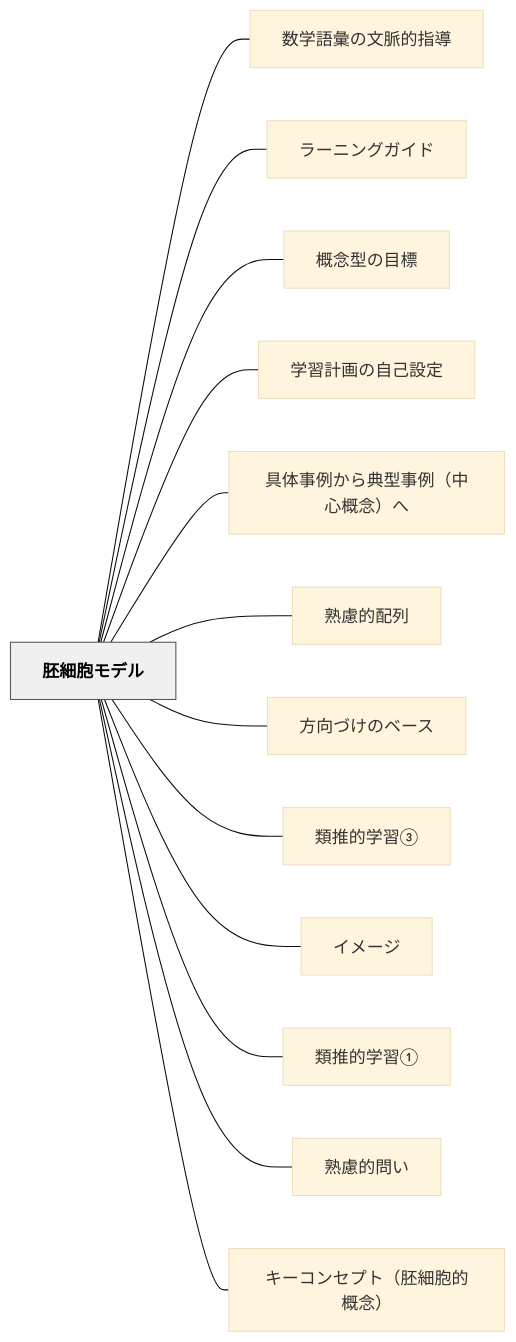
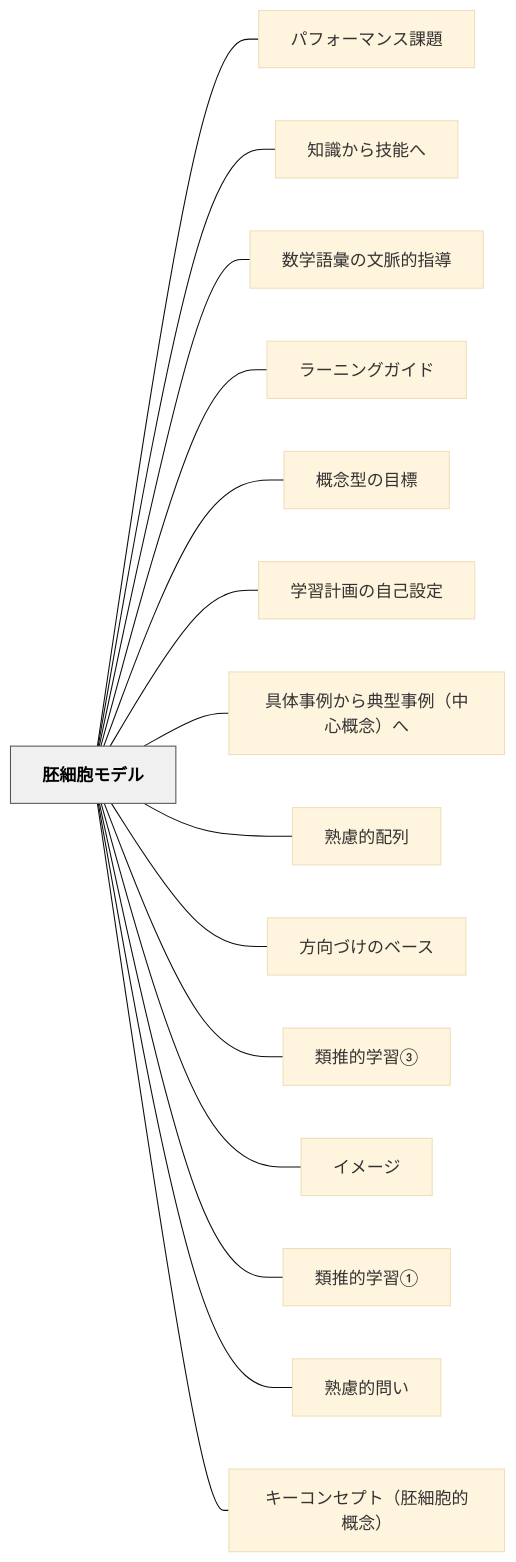
The diagram in content/パタン/胚細胞モデル.md (unknownthings-ed-patterns/unknownthings-ed-patterns), drawn with Mermaid (base theme) before and after one commit. The commit also changed other lines of this file and 100 other files, not shown here.

````diff
--- a/content/パタン/胚細胞モデル.md
+++ b/content/パタン/胚細胞モデル.md
@@ -139,32 +141,36 @@
 ```mermaid
 flowchart LR
     ne8839ae7b4b0e8839ee383a2e38387e383ab["胚細胞モデル"]
+    ne38391e38395e382a9e383bce3839ee383b3e382b9e8aab2e9a18c["パフォーマンス課題"]
+    ne79fa5e8ad98e3818be38289e68a80e883bde381b8["知識から技能へ"]
     ne695b0e5ada6e8aa9ee5bd99e381aee69687e88488e79a84e68c87e5b08e["数学語彙の文脈的指導"]
     ne383a9e383bce3838be383b3e382b0e382ace382a4e38389["ラーニングガイド"]
     ne6a682e5bfb5e59e8be381aee79baee6a899["概念型の目標"]
     ne5ada6e7bf92e8a888e794bbe381aee887aae5b7b1e8a8ade5ae9a["学習計画の自己設定"]
     ne585b7e4bd93e4ba8be4be8be3818be38289e585b8e59e8be4ba8be4be8befbc88e4b8ade5bf83e6a682e5bfb5efbc89e381b8["具体事例から典型事例（中心概念）へ"]
     ne7869fe685aee79a84e9858de58897["熟慮的配列"]
     ne696b9e59091e381a5e38191e381aee38399e383bce382b9["方向づけのベース"]
     ne9a19ee68ea8e79a84e5ada6e7bf92e291a2["類推的学習③"]
     ne382a4e383a1e383bce382b8["イメージ"]
     ne9a19ee68ea8e79a84e5ada6e7bf92e291a0["類推的学習①"]
     ne7869fe685aee79a84e5958fe38184["熟慮的問い"]
     ne382ade383bce382b3e383b3e382bbe38397e38388efbc88e8839ae7b4b0e8839ee79a84e6a682e5bfb5efbc89["キーコンセプト（胚細胞的概念）"]
 
+    ne8839ae7b4b0e8839ee383a2e38387e383ab --- ne38391e38395e382a9e383bce3839ee383b3e382b9e8aab2e9a18c
+    ne8839ae7b4b0e8839ee383a2e38387e383ab --- ne79fa5e8ad98e3818be38289e68a80e883bde381b8
     ne8839ae7b4b0e8839ee383a2e38387e383ab --- ne695b0e5ada6e8aa9ee5bd99e381aee69687e88488e79a84e68c87e5b08e
     ne8839ae7b4b0e8839ee383a2e38387e383ab --- ne383a9e383bce3838be383b3e382b0e382ace382a4e38389
     ne8839ae7b4b0e8839ee383a2e38387e383ab --- ne6a682e5bfb5e59e8be381aee79baee6a899
     ne8839ae7b4b0e8839ee383a2e38387e383ab --- ne5ada6e7bf92e8a888e794bbe381aee887aae5b7b1e8a8ade5ae9a
     ne8839ae7b4b0e8839ee383a2e38387e383ab --- ne585b7e4bd93e4ba8be4be8be3818be38289e585b8e59e8be4ba8be4be8befbc88e4b8ade5bf83e6a682e5bfb5efbc89e381b8
     ne8839ae7b4b0e8839ee383a2e38387e383ab --- ne7869fe685aee79a84e9858de58897
     ne8839ae7b4b0e8839ee383a2e38387e383ab --- ne696b9e59091e381a5e38191e381aee38399e383bce382b9
     ne8839ae7b4b0e8839ee383a2e38387e383ab --- ne9a19ee68ea8e79a84e5ada6e7bf92e291a2
     ne8839ae7b4b0e8839ee383a2e38387e383ab --- ne382a4e383a1e383bce382b8
     ne8839ae7b4b0e8839ee383a2e38387e383ab --- ne9a19ee68ea8e79a84e5ada6e7bf92e291a0
     ne8839ae7b4b0e8839ee383a2e38387e383ab --- ne7869fe685aee79a84e5958fe38184
     ne8839ae7b4b0e8839ee383a2e38387e383ab --- ne382ade383bce382b3e383b3e382bbe38397e38388efbc88e8839ae7b4b0e8839ee79a84e6a682e5bfb5efbc89
 
     classDef hub fill:#f0f0f0,stroke:#555,color:#000,font-weight:bold
     class ne8839ae7b4b0e8839ee383a2e38387e383ab hub
 ```
````
